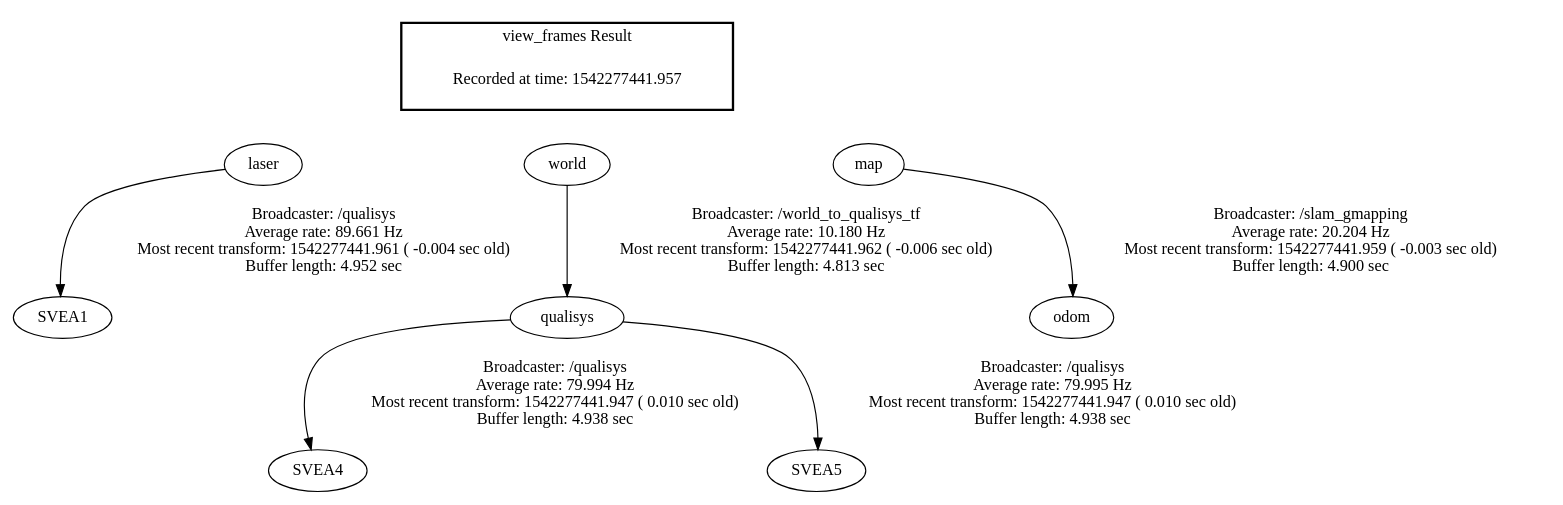
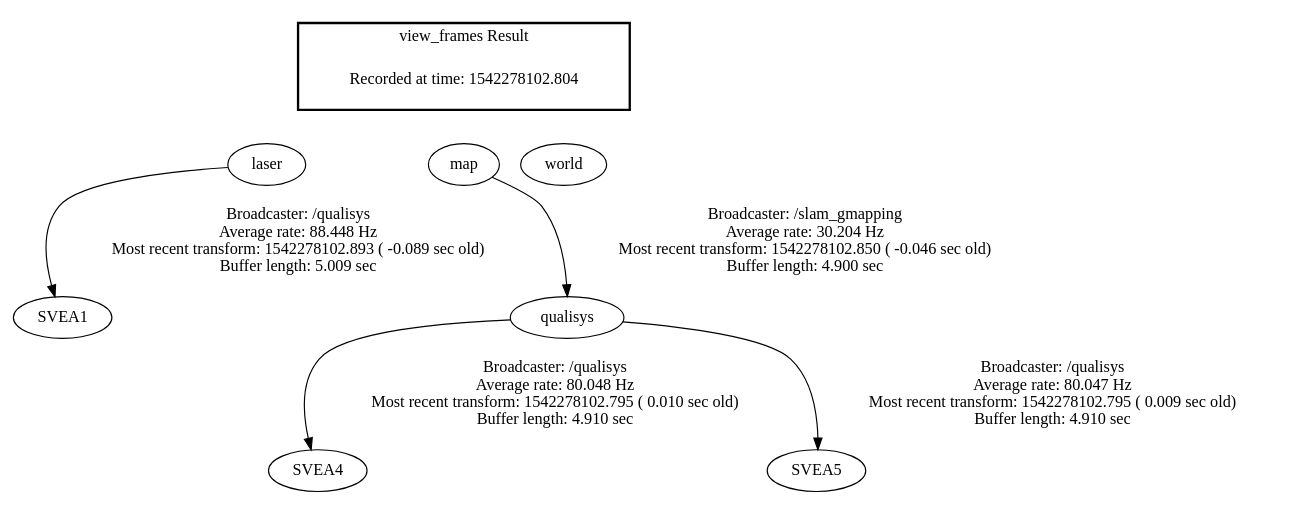
The diagram in frames.gv (JiongruiHu/El2425_Automatic_Control_Group1), drawn with Graphviz before and after one commit. The commit also changed 1 other file, not shown here.

Commit message:
Checking frames again

```diff
--- a/frames.gv
+++ b/frames.gv
@@ -1,19 +1,18 @@
 digraph G {
-"laser" -> "SVEA1"[label="Broadcaster: /qualisys\nAverage rate: 89.661 Hz\nMost recent transform: 1542277441.961 ( -0.004 sec old)\nBuffer length: 4.952 sec\n"];
-"world" -> "qualisys"[label="Broadcaster: /world_to_qualisys_tf\nAverage rate: 10.180 Hz\nMost recent transform: 1542277441.962 ( -0.006 sec old)\nBuffer length: 4.813 sec\n"];
-"map" -> "odom"[label="Broadcaster: /slam_gmapping\nAverage rate: 20.204 Hz\nMost recent transform: 1542277441.959 ( -0.003 sec old)\nBuffer length: 4.900 sec\n"];
-"qualisys" -> "SVEA4"[label="Broadcaster: /qualisys\nAverage rate: 79.994 Hz\nMost recent transform: 1542277441.947 ( 0.010 sec old)\nBuffer length: 4.938 sec\n"];
-"qualisys" -> "SVEA5"[label="Broadcaster: /qualisys\nAverage rate: 79.995 Hz\nMost recent transform: 1542277441.947 ( 0.010 sec old)\nBuffer length: 4.938 sec\n"];
+"laser" -> "SVEA1"[label="Broadcaster: /qualisys\nAverage rate: 88.448 Hz\nMost recent transform: 1542278102.893 ( -0.089 sec old)\nBuffer length: 5.009 sec\n"];
+"map" -> "qualisys"[label="Broadcaster: /slam_gmapping\nAverage rate: 30.204 Hz\nMost recent transform: 1542278102.850 ( -0.046 sec old)\nBuffer length: 4.900 sec\n"];
+"qualisys" -> "SVEA4"[label="Broadcaster: /qualisys\nAverage rate: 80.048 Hz\nMost recent transform: 1542278102.795 ( 0.010 sec old)\nBuffer length: 4.910 sec\n"];
+"qualisys" -> "SVEA5"[label="Broadcaster: /qualisys\nAverage rate: 80.047 Hz\nMost recent transform: 1542278102.795 ( 0.009 sec old)\nBuffer length: 4.910 sec\n"];
 edge [style=invis];
  subgraph cluster_legend { style=bold; color=black; label ="view_frames Result";
-"Recorded at time: 1542277441.957"[ shape=plaintext ] ;
+"Recorded at time: 1542278102.804"[ shape=plaintext ] ;
+ }->"laser";
+edge [style=invis];
+ subgraph cluster_legend { style=bold; color=black; label ="view_frames Result";
+"Recorded at time: 1542278102.804"[ shape=plaintext ] ;
  }->"map";
 edge [style=invis];
  subgraph cluster_legend { style=bold; color=black; label ="view_frames Result";
-"Recorded at time: 1542277441.957"[ shape=plaintext ] ;
- }->"laser";
-edge [style=invis];
- subgraph cluster_legend { style=bold; color=black; label ="view_frames Result";
-"Recorded at time: 1542277441.957"[ shape=plaintext ] ;
+"Recorded at time: 1542278102.804"[ shape=plaintext ] ;
  }->"world";
 }
```
